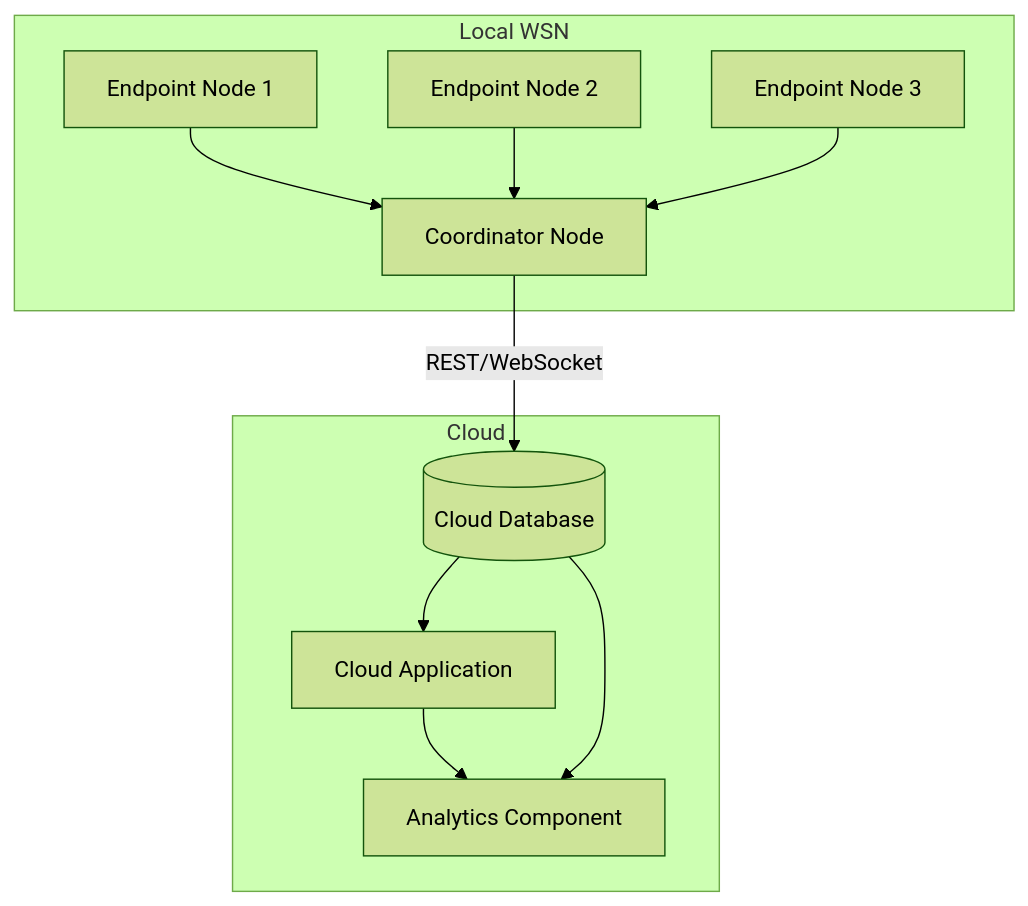
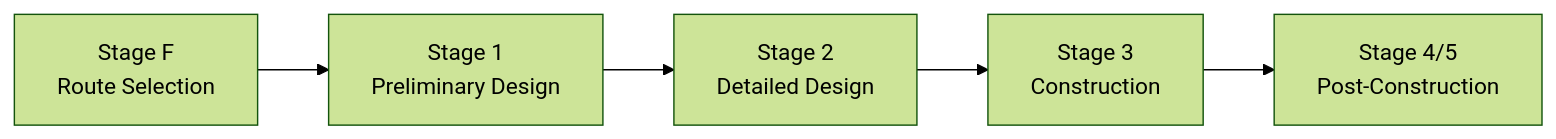
The second of 3 diagrams in Expr.md (Shashi1024/Sample), drawn with Mermaid (forest theme) before and after one commit. The commit also changed other lines of this file, not shown here.

````diff
--- a/Expr.md
+++ b/Expr.md
@@ -224,14 +271,7 @@
 ```mermaid
-graph TD
-    subgraph Local_Network ["Local WSN"]
-        E1["Endpoint Node 1"] --> C["Coordinator Node"]
-        E2["Endpoint Node 2"] --> C
-        E3["Endpoint Node 3"] --> C
-    end
-    subgraph Cloud_Infrastructure ["Cloud"]
-        C -->|REST/WebSocket| D[("Cloud Database")]
-        D --> A["Cloud Application"]
-        A --> AN["Analytics Component"]
-        D --> AN
-    end
+flowchart LR
+    A["Stage F \n Route Selection"] --> B["Stage 1 \n Preliminary Design"]
+    B --> C["Stage 2 \n Detailed Design"]
+    C --> D["Stage 3 \n Construction"]
+    D --> E["Stage 4/5 \n Post-Construction"]
 ```
````
